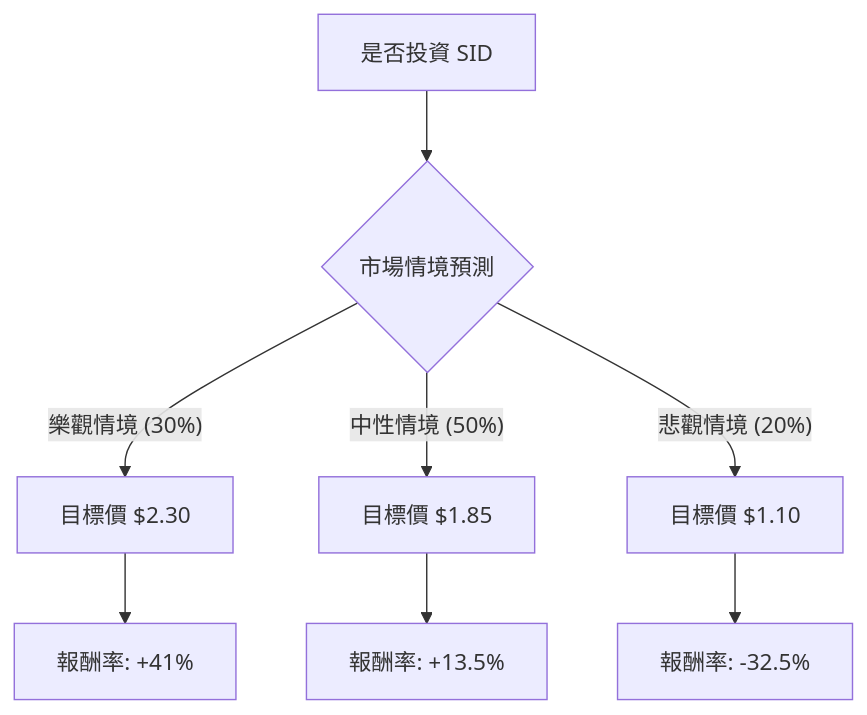
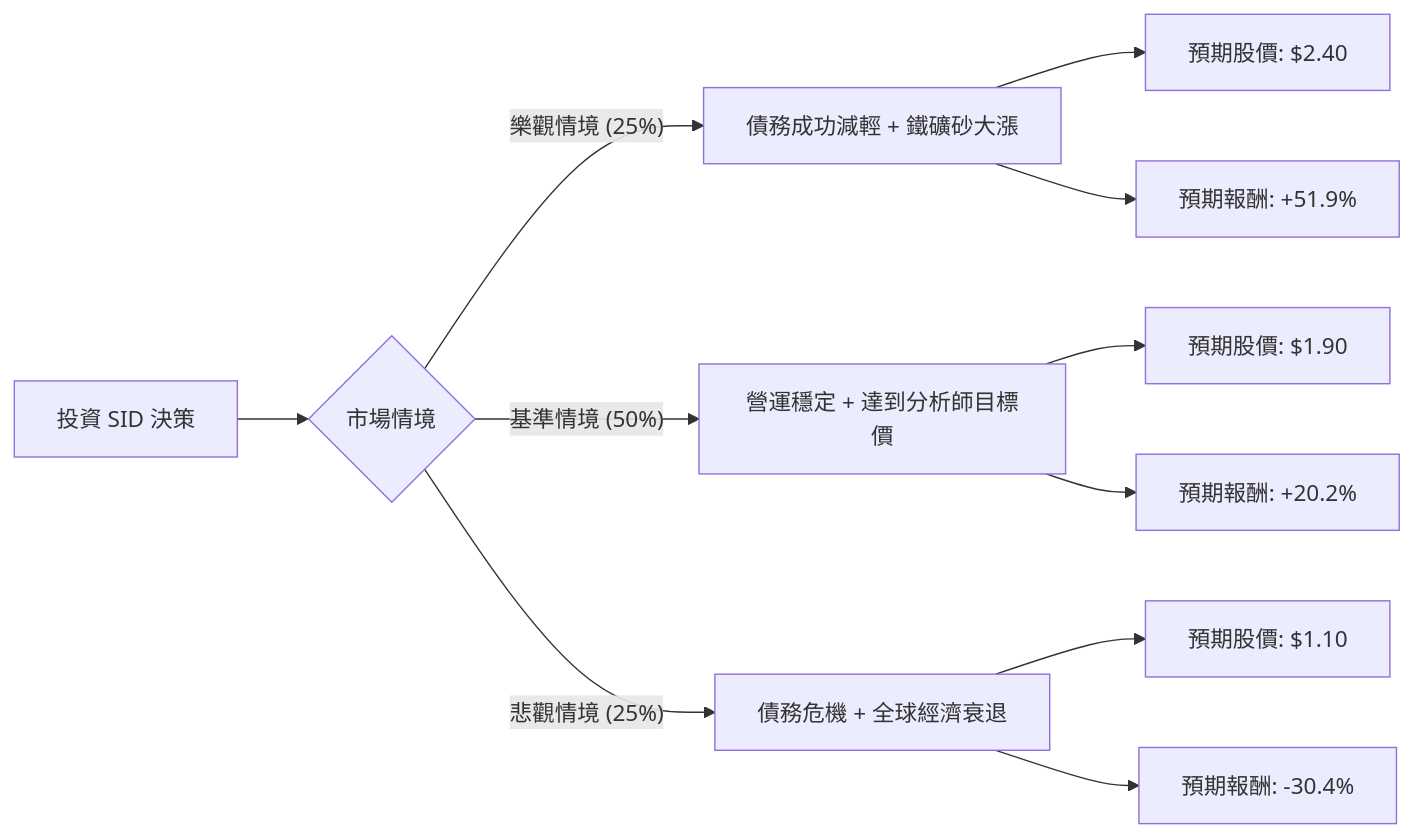
One commit to zmcx16/zmcx16.github.io changed the diagram in plugin-react/ai-analysis/ev-analysis/SID.md. Above: the diagram before and after it, drawn with Mermaid. The commit also changed other lines of this file and 81 other files, not shown here.

````diff
--- a/plugin-react/ai-analysis/ev-analysis/SID.md
+++ b/plugin-react/ai-analysis/ev-analysis/SID.md
@@ -21,13 +19,16 @@
 ```mermaid
-graph TD
-    A[是否投資 SID] --> B{市場情境預測}
+graph LR
+    A[投資 SID 決策] --> B{市場情境}
     
-    B -- 樂觀情境 (30%) --> C[目標價 $2.30]
-    C --> C1[報酬率: +41%]
+    B -- 樂觀情境 (25%) --> C[債務成功減輕 + 鐵礦砂大漲]
+    C --> C1[預期股價: $2.40]
+    C --> C2[預期報酬: +51.9%]
     
-    B -- 中性情境 (50%) --> D[目標價 $1.85]
-    D --> D1[報酬率: +13.5%]
+    B -- 基準情境 (50%) --> D[營運穩定 + 達到分析師目標價]
+    D --> D1[預期股價: $1.90]
+    D --> D2[預期報酬: +20.2%]
     
-    B -- 悲觀情境 (20%) --> E[目標價 $1.10]
-    E --> E1[報酬率: -32.5%]
+    B -- 悲觀情境 (25%) --> E[債務危機 + 全球經濟衰退]
+    E --> E1[預期股價: $1.10]
+    E --> E2[預期報酬: -30.4%]
 ```
````
